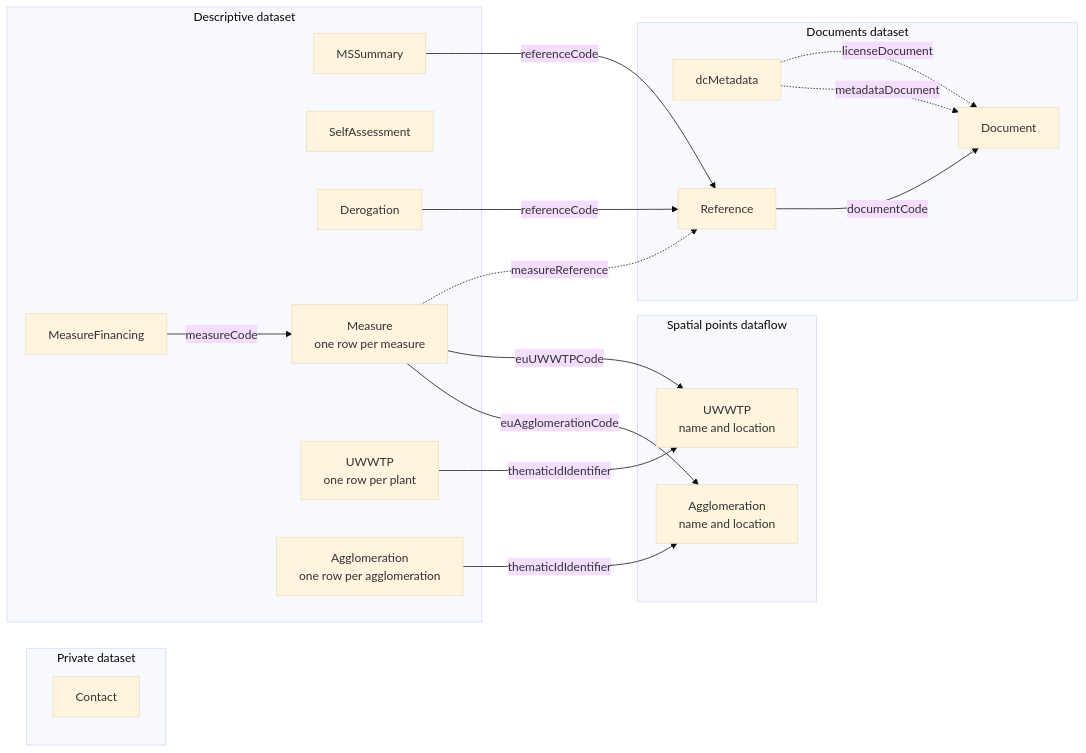
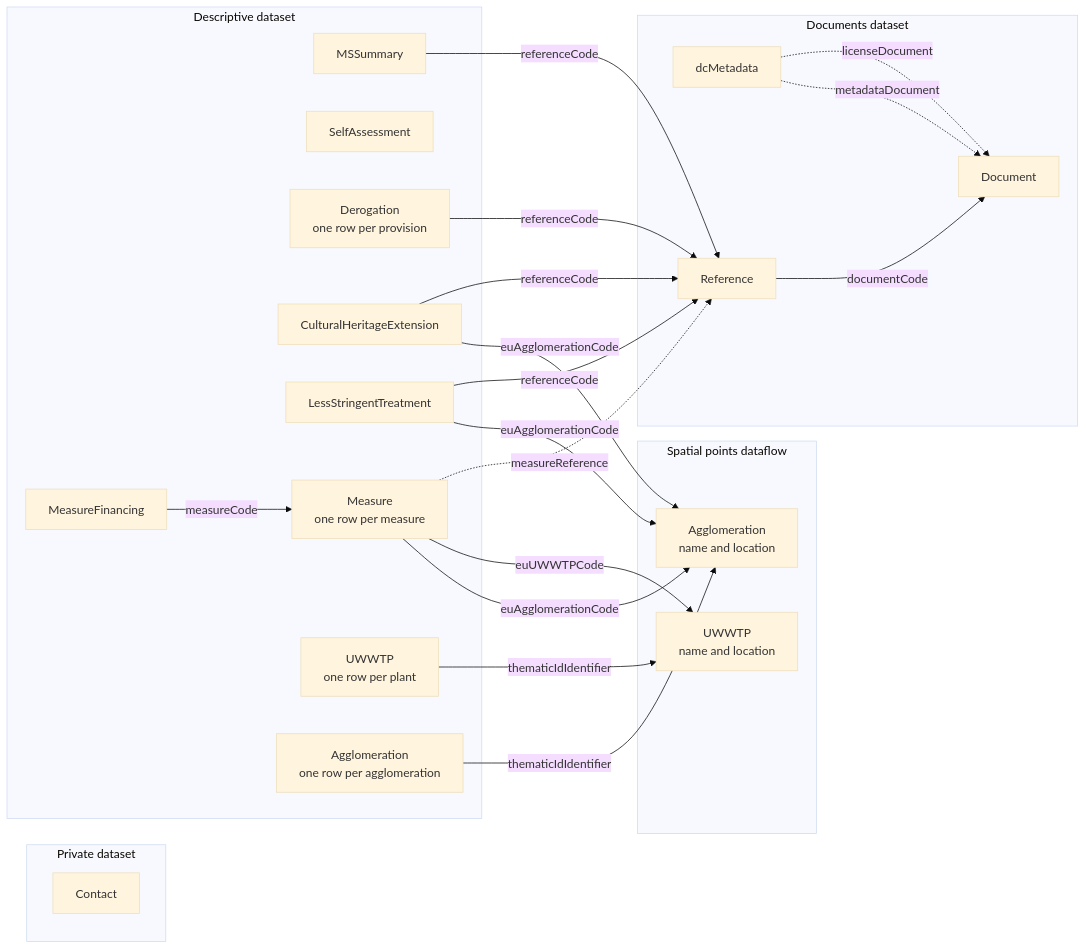
The diagram in docs/rUWWTD2024/Article23/DataModel.md (eeadata/WISE.UWWTD.Documentation), drawn with Mermaid (base theme) before and after one commit. The commit also changed other lines of this file and 22 other files, not shown here.

````diff
--- a/docs/rUWWTD2024/Article23/DataModel.md
+++ b/docs/rUWWTD2024/Article23/DataModel.md
@@ -13,35 +13,41 @@
 ```{mermaid}
 flowchart LR
   subgraph private["Private dataset"]
     Contact
   end
   subgraph descriptive["Descriptive dataset"]
     MSSummary
     SelfAssessment
-    Derogation
+    Derogation["Derogation<br/>one row per provision"]
+    CulturalHeritageExtension
+    LessStringentTreatment
     Measure["Measure<br/>one row per measure"]
     MeasureFinancing
     UWWTP["UWWTP<br/>one row per plant"]
     Agglomeration["Agglomeration<br/>one row per agglomeration"]
   end
   subgraph documents["Documents dataset"]
     dcMetadata
     Reference
     Document
   end
   MSSummary -- "referenceCode" --> Reference
   Derogation -- "referenceCode" --> Reference
+  CulturalHeritageExtension -- "referenceCode" --> Reference
+  LessStringentTreatment -- "referenceCode" --> Reference
   Measure -. "measureReference" .-> Reference
   MeasureFinancing -- "measureCode" --> Measure
   Reference -- "documentCode" --> Document
   dcMetadata -. "licenseDocument" .-> Document
   dcMetadata -. "metadataDocument" .-> Document
   subgraph spatial["Spatial points dataflow"]
     SpUWWTP["UWWTP<br/>name and location"]
     SpAgglomeration["Agglomeration<br/>name and location"]
   end
   UWWTP -- "thematicIdIdentifier" --> SpUWWTP
   Agglomeration -- "thematicIdIdentifier" --> SpAgglomeration
   Measure -- "euUWWTPCode" --> SpUWWTP
   Measure -- "euAgglomerationCode" --> SpAgglomeration
+  CulturalHeritageExtension -- "euAgglomerationCode" --> SpAgglomeration
+  LessStringentTreatment -- "euAgglomerationCode" --> SpAgglomeration
 ```
````
